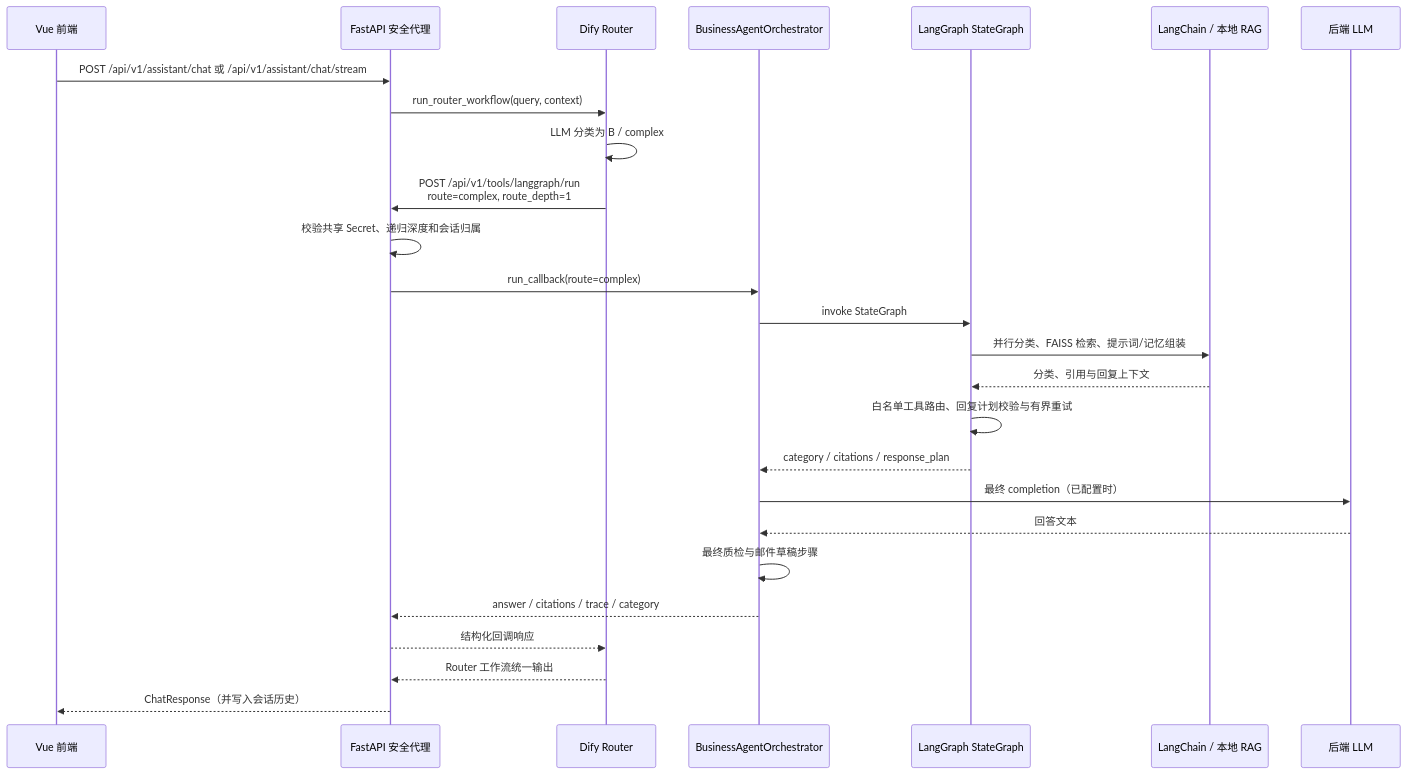
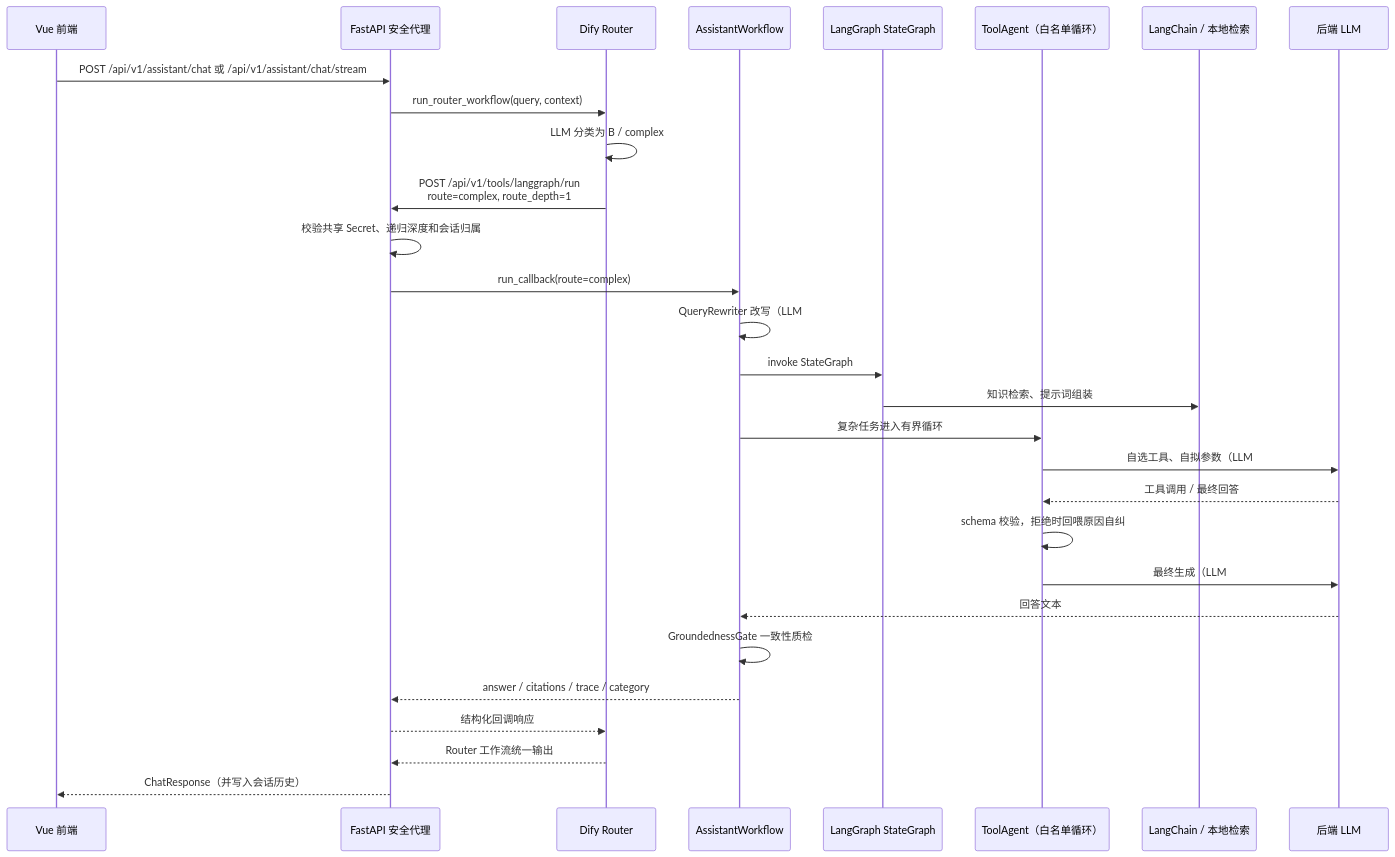
The diagram in README.md (dzc-bit/A-platform), drawn with Mermaid before and after one commit. The commit also changed other lines of this file and 35 other files, not shown here.

Commit message:
feat: real intent routing, controlled tool agent, groundedness gate, router split

````diff
--- a/README.md
+++ b/README.md
@@ -56,29 +66,32 @@
 ```mermaid
 sequenceDiagram
     participant UI as Vue 前端
     participant API as FastAPI 安全代理
     participant Dify as Dify Router
-    participant Agent as BusinessAgentOrchestrator
+    participant WF as AssistantWorkflow
     participant Graph as LangGraph StateGraph
-    participant Chain as LangChain / 本地 RAG
+    participant Agent as ToolAgent（白名单循环）
+    participant Chain as LangChain / 本地检索
     participant Model as 后端 LLM
 
     UI->>API: POST /api/v1/assistant/chat 或 /api/v1/assistant/chat/stream
     API->>Dify: run_router_workflow(query, context)
     Dify->>Dify: LLM 分类为 B / complex
     Dify->>API: POST /api/v1/tools/langgraph/run<br/>route=complex, route_depth=1
     API->>API: 校验共享 Secret、递归深度和会话归属
-    API->>Agent: run_callback(route=complex)
-    Agent->>Graph: invoke StateGraph
-    Graph->>Chain: 并行分类、FAISS 检索、提示词/记忆组装
-    Chain-->>Graph: 分类、引用与回复上下文
-    Graph->>Graph: 白名单工具路由、回复计划校验与有界重试
-    Graph-->>Agent: category / citations / response_plan
-    Agent->>Model: 最终 completion（已配置时）
-    Model-->>Agent: 回答文本
-    Agent->>Agent: 最终质检与邮件草稿步骤
-    Agent-->>API: answer / citations / trace / category
+    API->>WF: run_callback(route=complex)
+    WF->>WF: QueryRewriter 改写（LLM #1）<br/>IntentRouter 路由（LLM #2）
+    WF->>Graph: invoke StateGraph
+    Graph->>Chain: 知识检索、提示词组装
+    WF->>Agent: 复杂任务进入有界循环
+    Agent->>Model: 自选工具、自拟参数（LLM #3，≤3 轮）
+    Model-->>Agent: 工具调用 / 最终回答
+    Agent->>Agent: schema 校验，拒绝时回喂原因自纠
+    Agent->>Model: 最终生成（LLM #4）
+    Model-->>WF: 回答文本
+    WF->>WF: GroundednessGate 一致性质检
+    WF-->>API: answer / citations / trace / category
     API-->>Dify: 结构化回调响应
     Dify-->>API: Router 工作流统一输出
     API-->>UI: ChatResponse（并写入会话历史）
 ```
````
